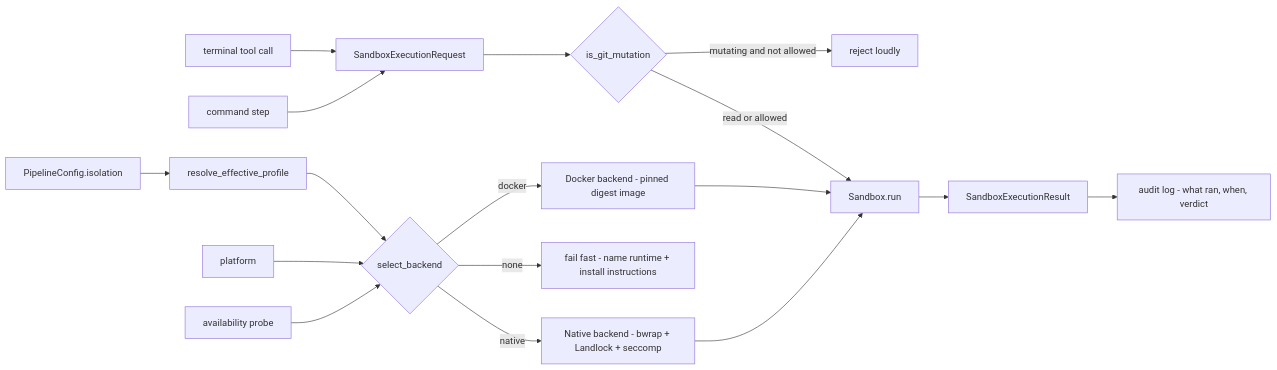
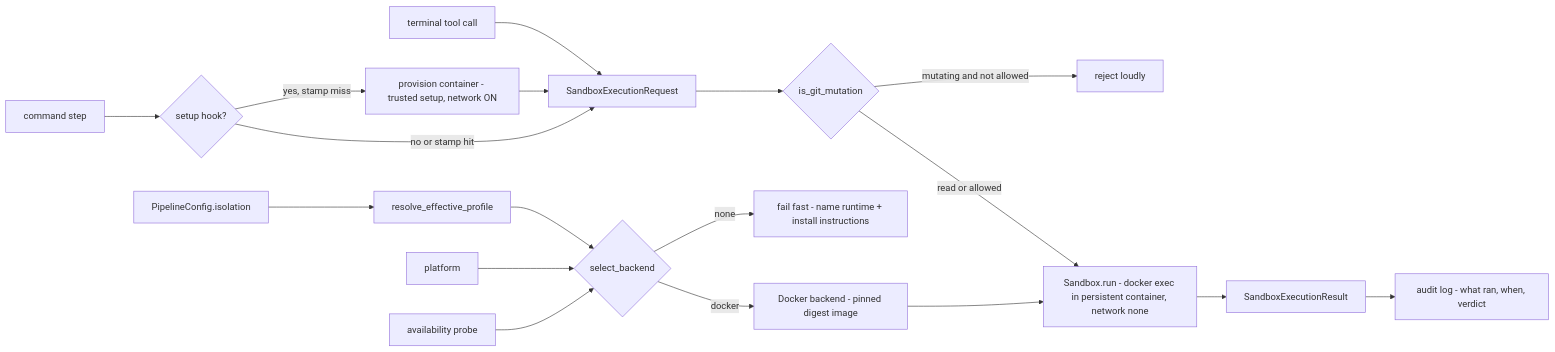
The diagram in aidlc-docs/construction/unit-3/functional-design/business-logic-model.md (lukedawilson/agent-engine), drawn with Mermaid before and after one commit. The commit also changed other lines of this file and 16 other files, not shown here.

````diff
--- a/aidlc-docs/construction/unit-3/functional-design/business-logic-model.md
+++ b/aidlc-docs/construction/unit-3/functional-design/business-logic-model.md
@@ -53,20 +58,21 @@
 ```mermaid
 flowchart LR
     CFG[PipelineConfig.isolation] --> PRF[resolve_effective_profile]
     PRF --> SEL{select_backend}
     PLAT[platform] --> SEL
     PROBE[availability probe] --> SEL
     SEL -->|docker| DK[Docker backend - pinned digest image]
-    SEL -->|native| NV[Native backend - bwrap + Landlock + seccomp]
     SEL -->|none| FF[fail fast - name runtime + install instructions]
 
     T[terminal tool call] --> REQ[SandboxExecutionRequest]
-    CMD[command step] --> REQ
+    CMD[command step] --> SETUP{setup hook?}
+    SETUP -->|yes, stamp miss| PROV[provision container - trusted setup, network ON]
+    PROV --> REQ
+    SETUP -->|no or stamp hit| REQ
     REQ --> GIT{is_git_mutation}
     GIT -->|mutating and not allowed| REJ[reject loudly]
-    GIT -->|read or allowed| RUN[Sandbox.run]
+    GIT -->|read or allowed| RUN[Sandbox.run - docker exec in persistent container, network none]
     DK --> RUN
-    NV --> RUN
     RUN --> RES[SandboxExecutionResult]
     RES --> AUD[audit log - what ran, when, verdict]
 ```
````
